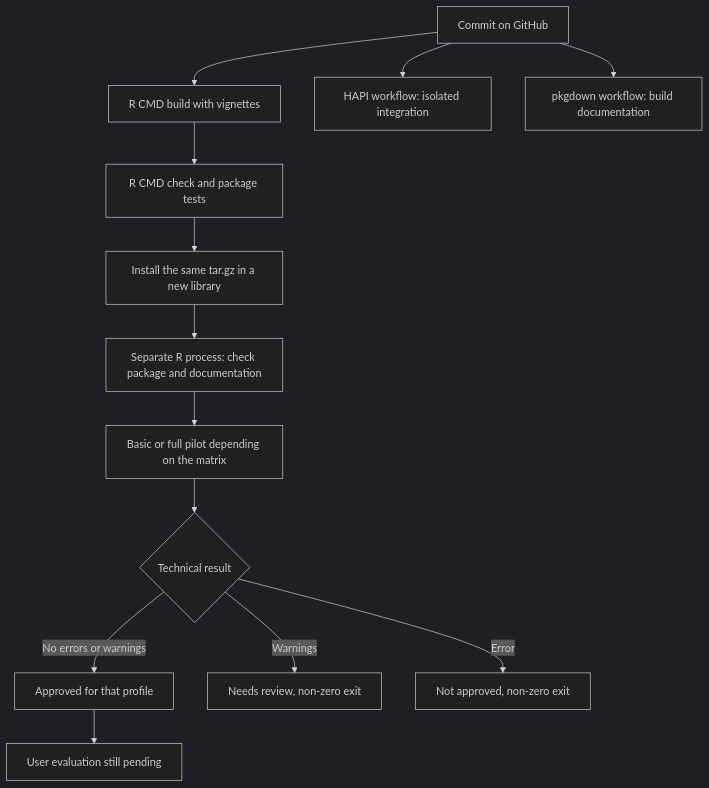
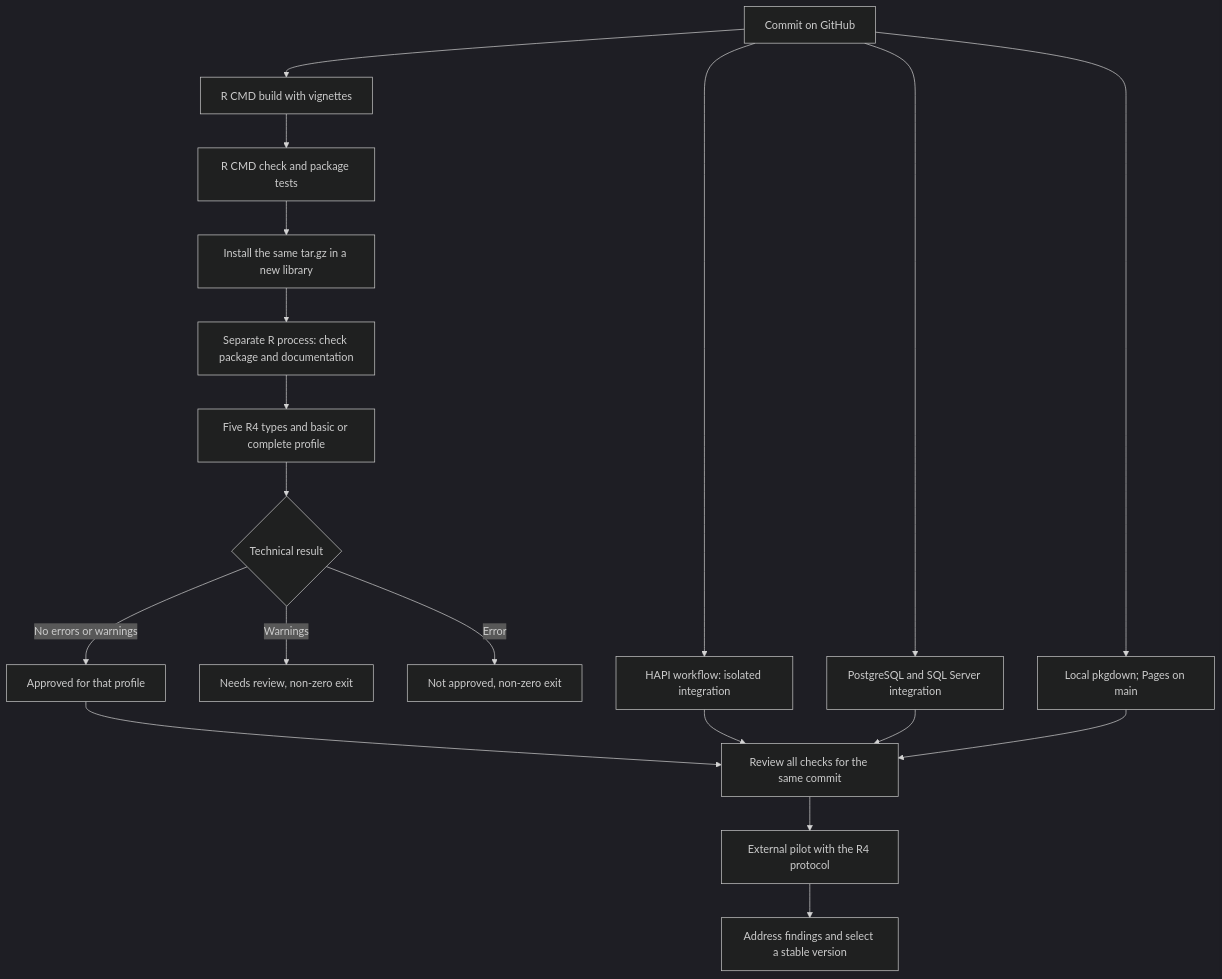
Before and after one commit to f-slg/fhirviews: the tenth of 10 diagrams in README.en.md, drawn with Mermaid (dark theme). The commit also changed other lines of this file and 5 other files, not shown here.

Commit message:
Replace opening diagram with Mermaid and document the R4 and Rust scope

````diff
--- a/README.en.md
+++ b/README.en.md
@@ -1225,15 +1240,21 @@
 ```mermaid
 flowchart TD
     A["Commit on GitHub"] --> B["R CMD build with vignettes"]
     B --> C["R CMD check and package tests"]
     C --> D["Install the same tar.gz in a new library"]
     D --> E["Separate R process: check package and documentation"]
-    E --> F["Basic or full pilot depending on the matrix"]
+    E --> F["Five R4 types and basic or complete profile"]
     F --> G{"Technical result"}
     G -->|"No errors or warnings"| H["Approved for that profile"]
     G -->|"Warnings"| I["Needs review, non-zero exit"]
     G -->|"Error"| J["Not approved, non-zero exit"]
     A --> K["HAPI workflow: isolated integration"]
-    A --> L["pkgdown workflow: build documentation"]
-    H --> M["User evaluation still pending"]
+    A --> L["PostgreSQL and SQL Server integration"]
+    A --> P["Local pkgdown; Pages on main"]
+    H --> T["Review all checks for the same commit"]
+    K --> T
+    L --> T
+    P --> T
+    T --> M["External pilot with the R4 protocol"]
+    M --> N["Address findings and select a stable version"]
 ```
````
